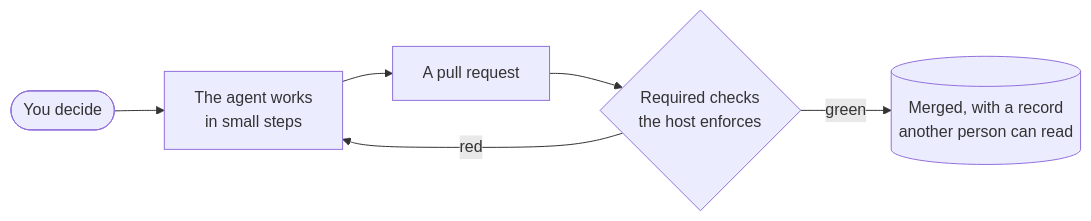
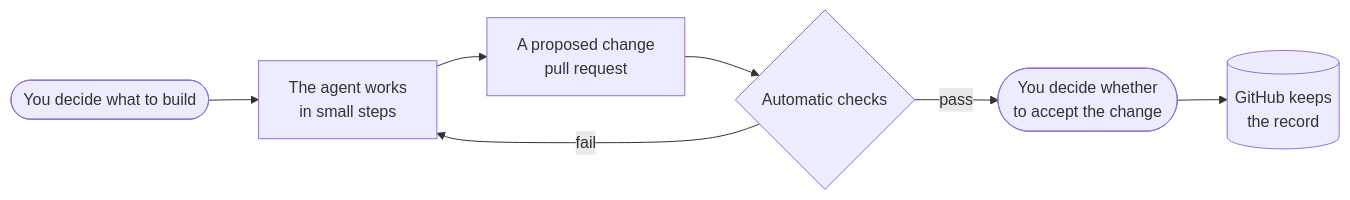
Before and after one commit to coolbress/plinth: the diagram in README.md, drawn with Mermaid. The commit also changed other lines of this file and 1 other file, not shown here.

First line of the commit message:
docs(readme): apply the external review: plinth in the first sentence, install earlier, the read-only check as the example

````diff
--- a/README.md
+++ b/README.md
@@ -52,8 +32,9 @@
 ```mermaid
 flowchart LR
-  you([You decide]) --> agent[The agent works<br/>in small steps]
-  agent --> pr[A pull request]
-  pr --> checks{Required checks<br/>the host enforces}
-  checks -- red --> agent
-  checks -- green --> record[(Merged, with a record<br/>another person can read)]
+  you([You decide what to build]) --> agent[The agent works<br/>in small steps]
+  agent --> pr[A proposed change<br/>pull request]
+  pr --> checks{Automatic checks}
+  checks -- fail --> agent
+  checks -- pass --> decide([You decide whether<br/>to accept the change])
+  decide --> record[(GitHub keeps<br/>the record)]
 ```
````
